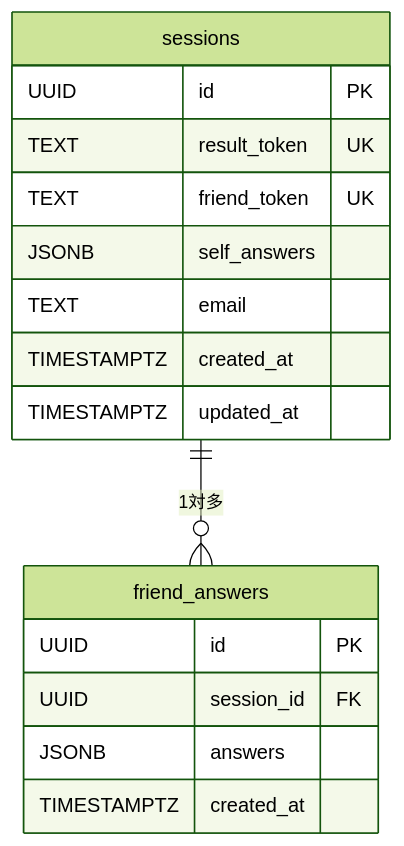
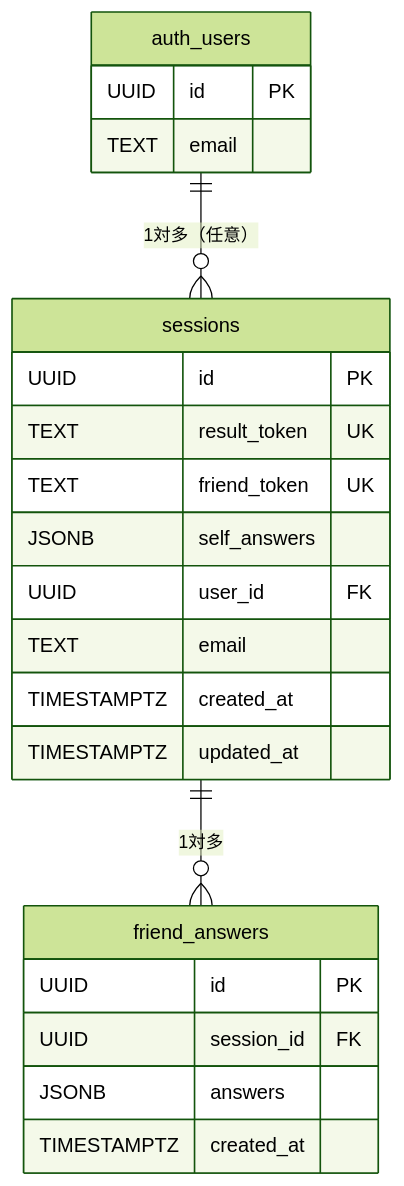
Before and after one commit to KokiMoriguchi0812/mirror-shindan: the diagram in docs/database.md, drawn with Mermaid (forest theme). The commit also changed other lines of this file and 3 other files, not shown here.

````diff
--- a/docs/database.md
+++ b/docs/database.md
@@ -36,21 +44,28 @@
 ```mermaid
 erDiagram
+    auth_users {
+        UUID id PK
+        TEXT email
+    }
+
     sessions {
         UUID id PK
         TEXT result_token UK
         TEXT friend_token UK
         JSONB self_answers
+        UUID user_id FK
         TEXT email
         TIMESTAMPTZ created_at
         TIMESTAMPTZ updated_at
     }
 
     friend_answers {
         UUID id PK
         UUID session_id FK
         JSONB answers
         TIMESTAMPTZ created_at
     }
 
+    auth_users ||--o{ sessions : "1対多（任意）"
     sessions ||--o{ friend_answers : "1対多"
 ```
````
